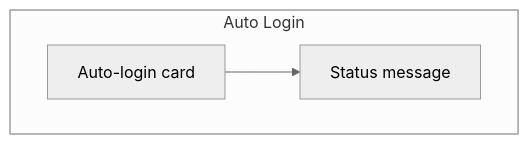
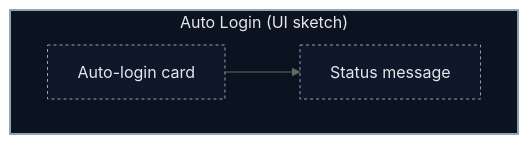
The tenth of 10 diagrams in README.md (TaurasGG/altpro), drawn with Mermaid (neutral theme) before and after one commit. The commit also changed other lines of this file, not shown here.

````diff
--- a/README.md
+++ b/README.md
@@ -186,8 +224,12 @@
 ```mermaid
-flowchart TD
-  subgraph AutoLogin["Auto Login"]
-    CARD["Auto-login card"]
-    STATUS["Status message"]
+flowchart TB
+  classDef container stroke:#94a3b8,fill:#0b1220,stroke-width:2,color:#e5e7eb;
+  classDef component stroke:#94a3b8,fill:#0f172a,stroke-dasharray:3 3,color:#e5e7eb,stroke-width:1;
+  subgraph Page["Auto Login (UI sketch)"]
+    Card["Auto-login card"]
+    Status["Status message"]
   end
-  CARD --> STATUS
+  Card --> Status
+  class Page container
+  class Card,Status component
 ```
````
